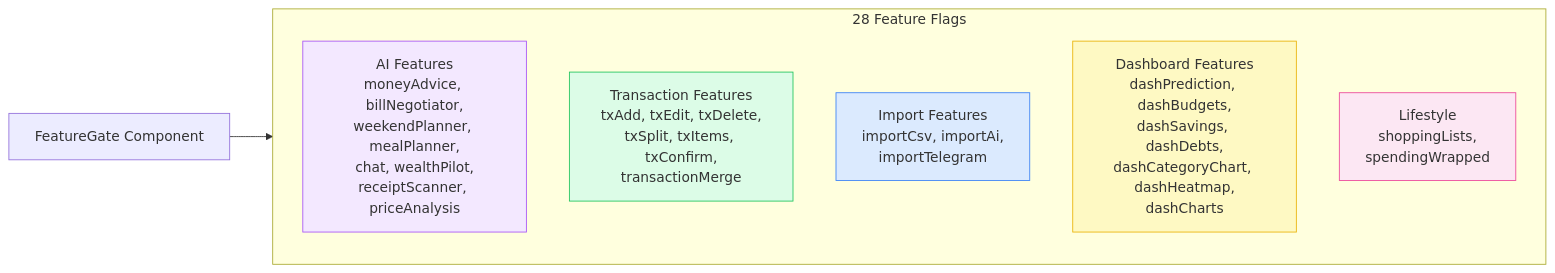
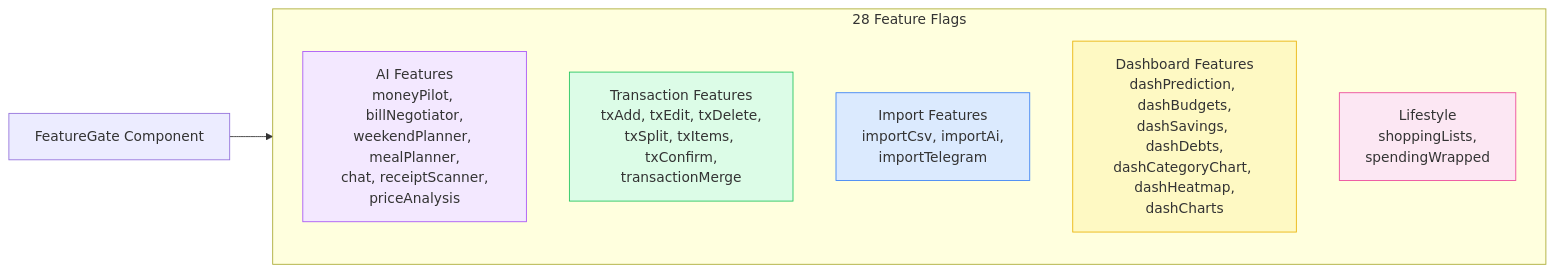
One commit to sinaghadrico/moneystyle changed diagram 24 of 30 in docs/PROJECT_DOCUMENTATION.md. Above: the diagram before and after it, drawn with Mermaid. The commit also changed other lines of this file and 35 other files, not shown here.

First line of the commit message:
refactor: rename Wealth Pilot to Money Pilot

````diff
--- a/docs/PROJECT_DOCUMENTATION.md
+++ b/docs/PROJECT_DOCUMENTATION.md
@@ -1242,19 +1239,19 @@
 ```mermaid
 graph LR
     subgraph Flags["28 Feature Flags"]
         direction TB
-        AI_FLAGS["AI Features<br/>moneyAdvice, billNegotiator,<br/>weekendPlanner, mealPlanner,<br/>chat, wealthPilot,<br/>receiptScanner, priceAnalysis"]
+        AI_FLAGS["AI Features<br/>moneyPilot, billNegotiator,<br/>weekendPlanner, mealPlanner,<br/>chat, receiptScanner,<br/>priceAnalysis"]
         TX_FLAGS["Transaction Features<br/>txAdd, txEdit, txDelete,<br/>txSplit, txItems, txConfirm,<br/>transactionMerge"]
         IMPORT_FLAGS["Import Features<br/>importCsv, importAi,<br/>importTelegram"]
         DASH_FLAGS["Dashboard Features<br/>dashPrediction, dashBudgets,<br/>dashSavings, dashDebts,<br/>dashCategoryChart, dashHeatmap,<br/>dashCharts"]
         LIFE_FLAGS["Lifestyle<br/>shoppingLists,<br/>spendingWrapped"]
     end
 
     GATE[FeatureGate Component] --> Flags
 
     style AI_FLAGS fill:#f3e8ff,stroke:#a855f7
     style TX_FLAGS fill:#dcfce7,stroke:#22c55e
     style IMPORT_FLAGS fill:#dbeafe,stroke:#3b82f6
     style DASH_FLAGS fill:#fef9c3,stroke:#eab308
     style LIFE_FLAGS fill:#fce7f3,stroke:#ec4899
 ```
````
